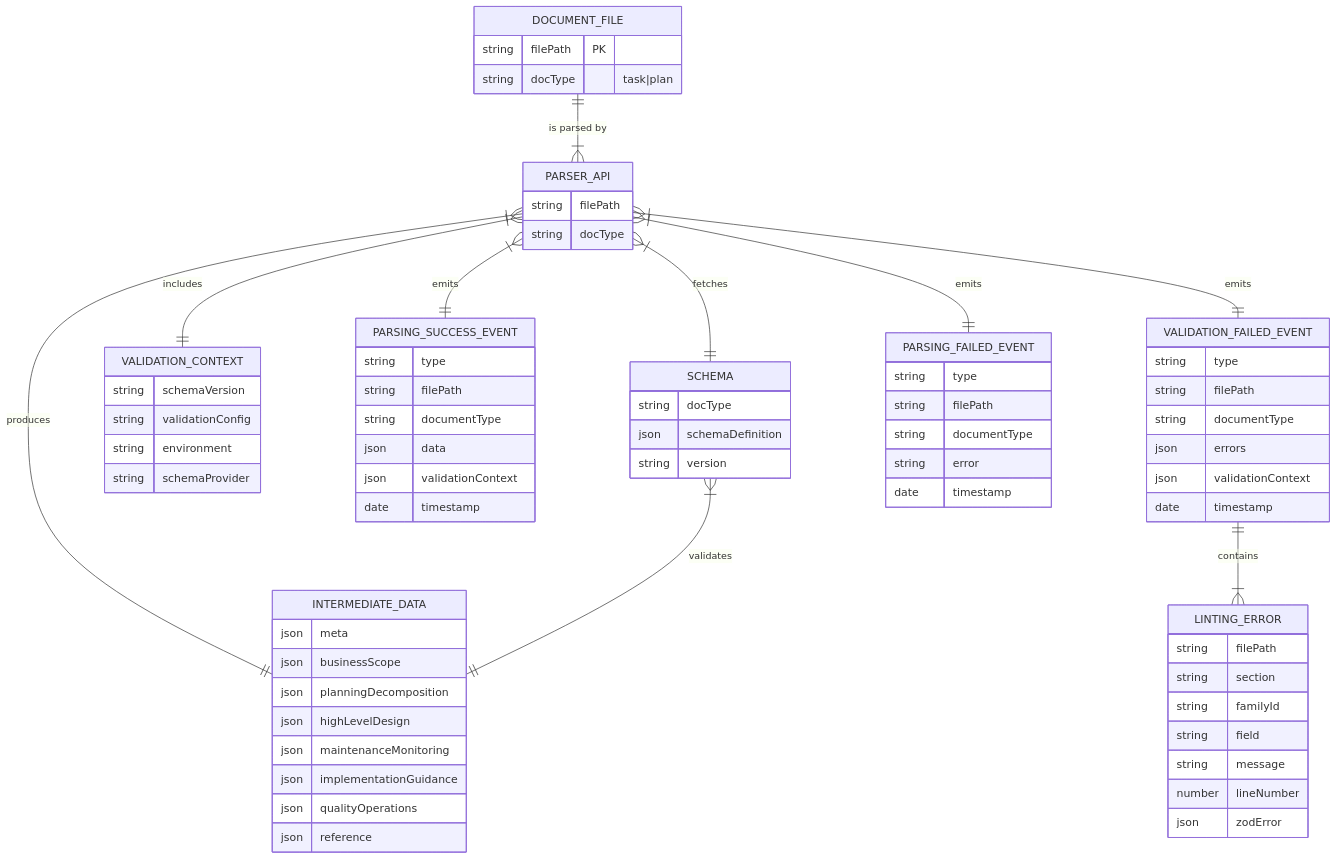
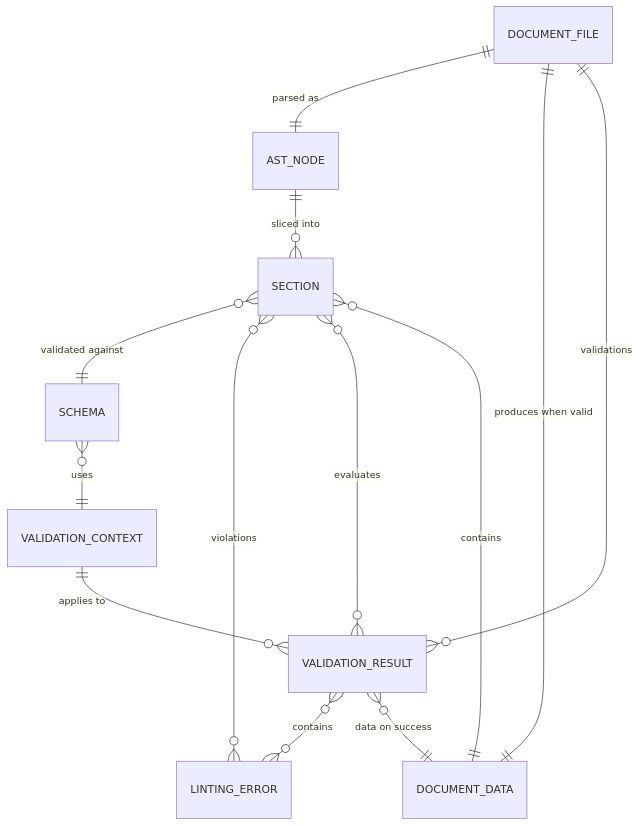
One commit to livelifelively/documentation-driven-development-tools changed the fourth of 7 diagrams in docs/requirements/p1.p5-doc-parser.plan.md. Above: the diagram before and after it, drawn with Mermaid. The commit also changed other lines of this file and 9 other files, not shown here.

````diff
--- a/docs/requirements/p1.p5-doc-parser.plan.md
+++ b/docs/requirements/p1.p5-doc-parser.plan.md
@@ -212,83 +204,18 @@
 ```mermaid
 erDiagram
-    DOCUMENT_FILE {
-        string filePath PK
-        string docType "task|plan"
-    }
+    DOCUMENT_FILE ||--|| AST_NODE : "parsed as"
+    AST_NODE ||--o{ SECTION : "sliced into"
+    SECTION }o--|| SCHEMA : "validated against"
+    SECTION }o--o{ LINTING_ERROR : "violations"
+    SCHEMA }o--|| VALIDATION_CONTEXT : "uses"
+    DOCUMENT_FILE ||--|| DOCUMENT_DATA : "produces when valid"
+    DOCUMENT_DATA ||--o{ SECTION : "contains"
 
-    PARSER_API {
-        string filePath
-        string docType
-    }
-
-    SCHEMA {
-        string docType
-        json schemaDefinition
-        string version
-    }
-
-    INTERMEDIATE_DATA {
-        json meta
-        json businessScope
-        json planningDecomposition
-        json highLevelDesign
-        json maintenanceMonitoring
-        json implementationGuidance
-        json qualityOperations
-        json reference
-    }
-
-    VALIDATION_CONTEXT {
-        string schemaVersion
-        string validationConfig
-        string environment
-        string schemaProvider
-    }
-
-    PARSING_SUCCESS_EVENT {
-        string type
-        string filePath
-        string documentType
-        json data
-        json validationContext
-        date timestamp
-    }
-
-    VALIDATION_FAILED_EVENT {
-        string type
-        string filePath
-        string documentType
-        json errors
-        json validationContext
-        date timestamp
-    }
-
-    PARSING_FAILED_EVENT {
-        string type
-        string filePath
-        string documentType
-        string error
-        date timestamp
-    }
-
-    LINTING_ERROR {
-        string filePath
-        string section
-        string familyId
-        string field
-        string message
-        number lineNumber
-        json zodError
-    }
-
-    DOCUMENT_FILE ||--|{ PARSER_API : "is parsed by"
-    PARSER_API }|--|| INTERMEDIATE_DATA : "produces"
-    PARSER_API }|--|| VALIDATION_CONTEXT : "includes"
-    PARSER_API }|--|| SCHEMA : "fetches"
-    SCHEMA }|--|| INTERMEDIATE_DATA : "validates"
-    PARSER_API }|--|| PARSING_SUCCESS_EVENT : "emits"
-    PARSER_API }|--|| VALIDATION_FAILED_EVENT : "emits"
-    PARSER_API }|--|| PARSING_FAILED_EVENT : "emits"
-    VALIDATION_FAILED_EVENT ||--|{ LINTING_ERROR : "contains"
+    %% Validation result linkages (transient but canonical result shape)
+    VALIDATION_CONTEXT ||--o{ VALIDATION_RESULT : "applies to"
+    DOCUMENT_FILE ||--o{ VALIDATION_RESULT : "validations"
+    VALIDATION_RESULT }o--o{ LINTING_ERROR : "contains"
+    VALIDATION_RESULT }o--o{ SECTION : "evaluates"
+    VALIDATION_RESULT }o--|| DOCUMENT_DATA : "data on success"
 
 ```
````
